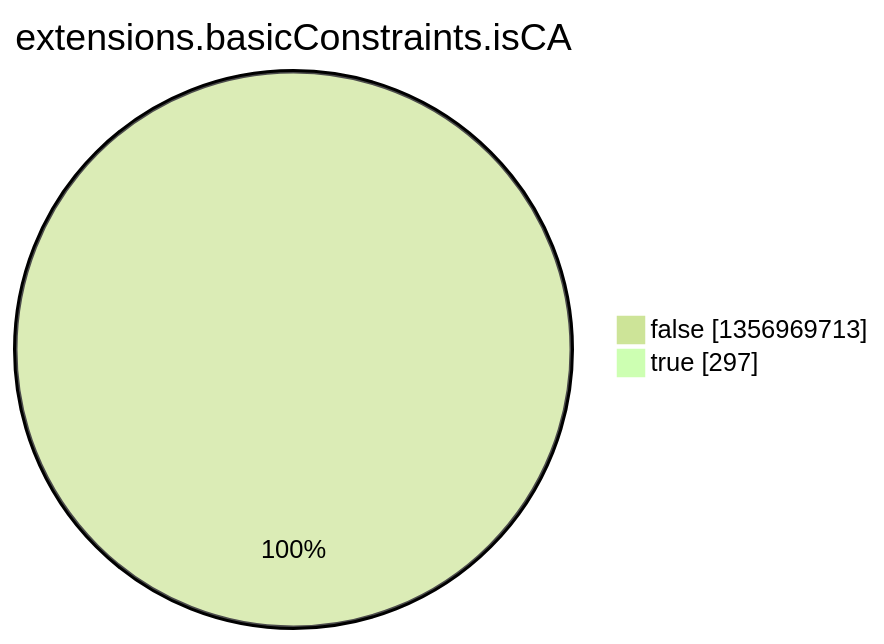
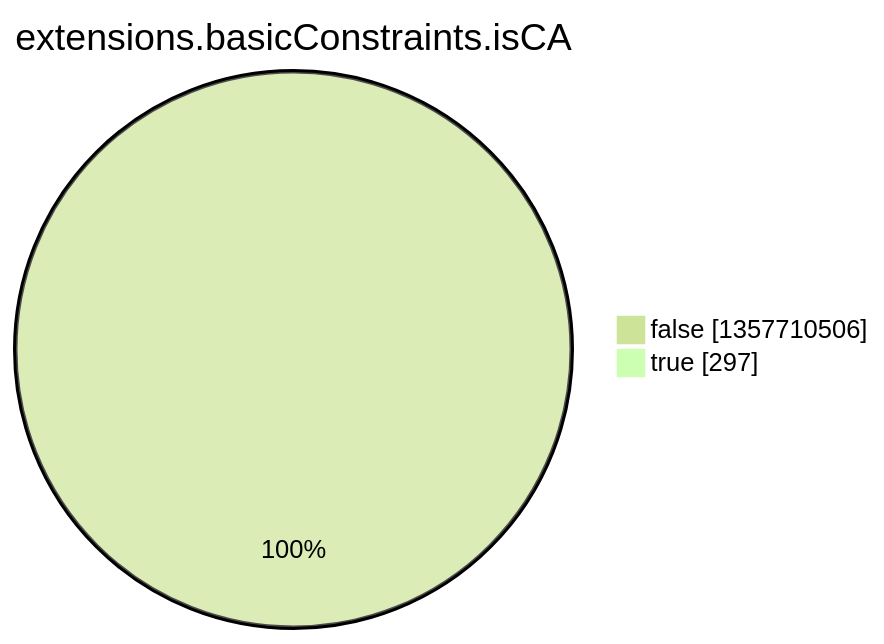
The eighth of 15 diagrams in argon2022/README.md (christiankrug/ctmonitor_visualization), drawn with Mermaid (forest theme) before and after one commit. The commit also changed other lines of this file, not shown here.

````diff
--- a/argon2022/README.md
+++ b/argon2022/README.md
@@ -2758,6 +2758,6 @@
 ```mermaid
 pie showData
 title extensions.basicConstraints.isCA
-"false" :1356969713
+"false" :1357710506
 "true" :297
 ```
````
